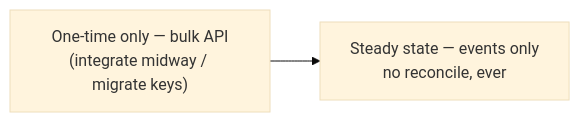
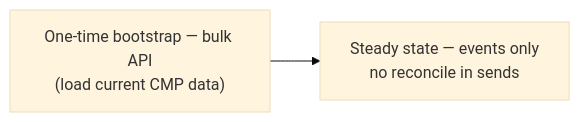
Before and after one commit to DataTalksClub/course-management-platform: the fifth of 17 diagrams in docs/datamailer-integration.md, drawn with Mermaid (base theme). The commit also changed other lines of this file and 1 other file, not shown here.

````diff
--- a/docs/datamailer-integration.md
+++ b/docs/datamailer-integration.md
@@ -379,4 +413,4 @@
 ```mermaid
 flowchart LR
-    one["One-time only — bulk API<br/>(integrate midway / migrate keys)"] --> steady["Steady state — events only<br/>no reconcile, ever"]
+    one["One-time bootstrap — bulk API<br/>(load current CMP data)"] --> steady["Steady state — events only<br/>no reconcile in sends"]
 ```
````
